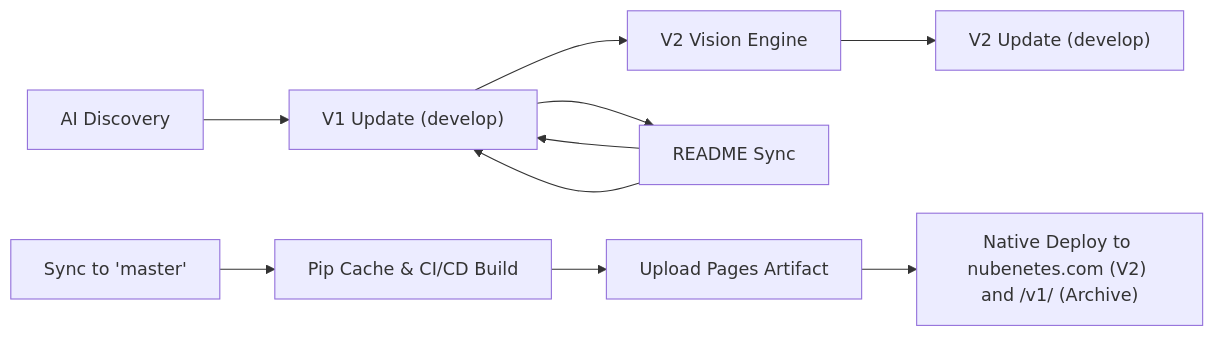
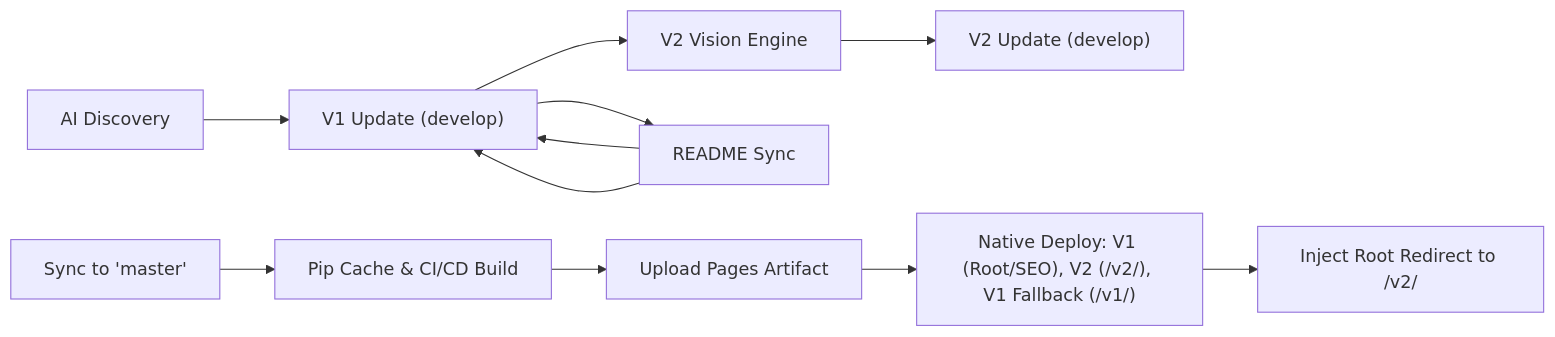
The tenth of 10 diagrams in README.md (sec-js/awesome-kubernetes), drawn with Mermaid before and after one commit. The commit also changed other lines of this file and 6 other files, not shown here.

Commit message:
feat: revert to Hybrid SEO-First architecture (V1 at Root, V2 at /v2/) [skip ci]

````diff
--- a/README.md
+++ b/README.md
@@ -901,12 +902,13 @@
 ```mermaid
 graph LR
     A["AI Discovery"] --> B["V1 Update (develop)"]
     B --> D["V2 Vision Engine"]
     B --> Z["README Sync"]
     D --> E["V2 Update (develop)"]
     M["Sync to 'master'"] --> C["Pip Cache & CI/CD Build"]
     C --> F["Upload Pages Artifact"]
-    F --> G["Native Deploy to nubenetes.com (V2) and /v1/ (Archive)"]
+    F --> G["Native Deploy: V1 (Root/SEO), V2 (/v2/), V1 Fallback (/v1/)"]
+    G --> H["Inject Root Redirect to /v2/"]
     Z --> B
     Z --> B
 ```
````
